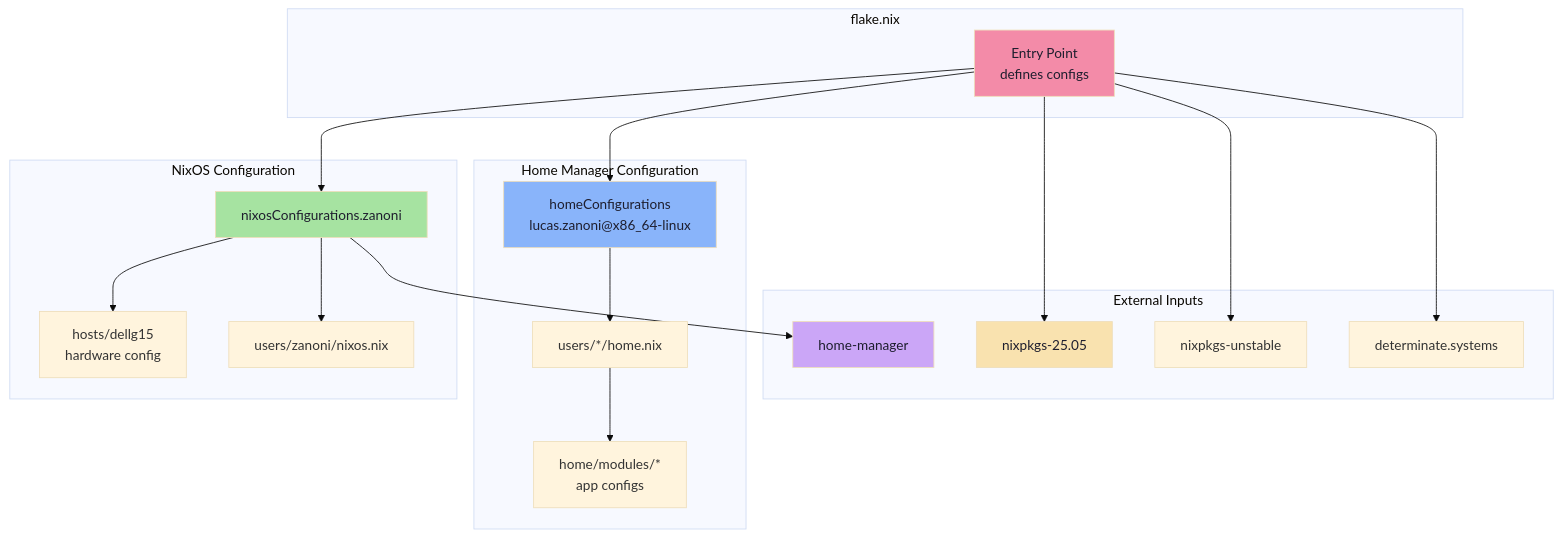
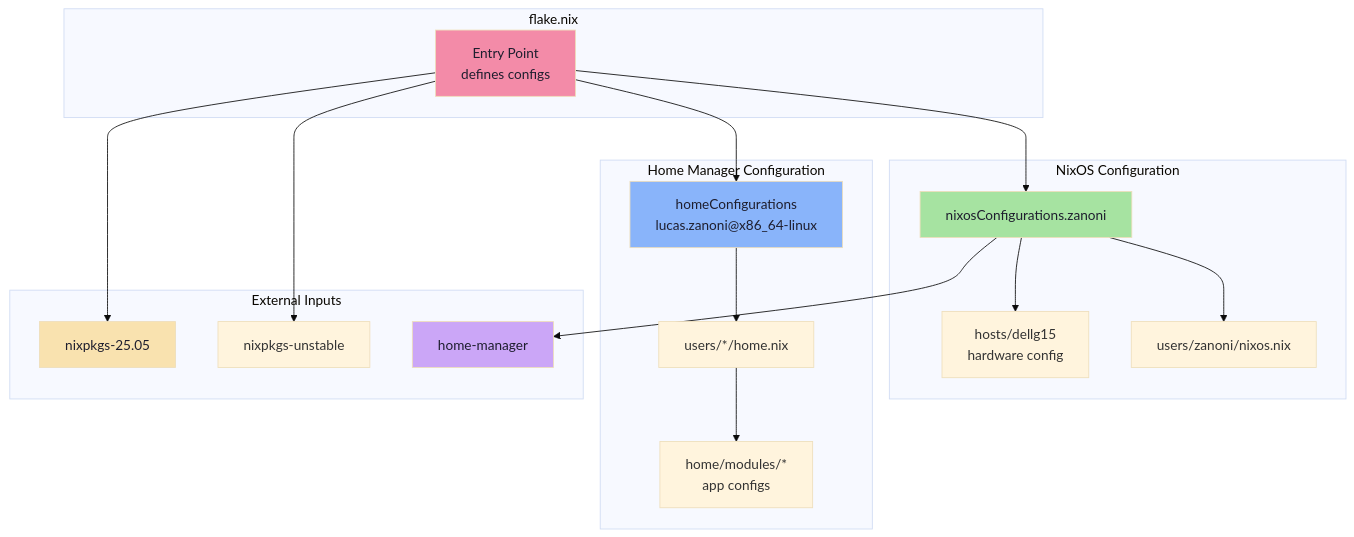
The diagram in README.md (Castrozan/.dotfiles), drawn with Mermaid (base theme) before and after one commit. The commit also changed 1 other file, not shown here.

Commit message:
fix: remove determinate

````diff
--- a/README.md
+++ b/README.md
@@ -143,45 +143,43 @@
 ```mermaid
 graph TD
     subgraph "flake.nix"
         Flake["Entry Point<br/>defines configs"]
     end
 
     subgraph "NixOS Configuration"
         NixOS["nixosConfigurations.zanoni"]
         Host["hosts/dellg15<br/>hardware config"]
         UserNixOS["users/zanoni/nixos.nix"]
     end
 
     subgraph "Home Manager Configuration"
         HomeStandalone["homeConfigurations<br/>lucas.zanoni@x86_64-linux"]
         UserHome["users/*/home.nix"]
         Modules["home/modules/*<br/>app configs"]
     end
 
     subgraph "External Inputs"
         Nixpkgs["nixpkgs-25.05"]
         Unstable["nixpkgs-unstable"]
         HM["home-manager"]
-        Determinate["determinate.systems"]
     end
 
     Flake --> NixOS
     Flake --> HomeStandalone
     
     NixOS --> Host
     NixOS --> UserNixOS
     NixOS --> HM
     
     HomeStandalone --> UserHome
     UserHome --> Modules
     
     Flake --> Nixpkgs
     Flake --> Unstable
-    Flake --> Determinate
 
     style Flake fill:#f38ba8,color:#1e1e2e
     style NixOS fill:#a6e3a1,color:#1e1e2e
     style HomeStandalone fill:#89b4fa,color:#1e1e2e
     style Nixpkgs fill:#f9e2af,color:#1e1e2e
     style HM fill:#cba6f7,color:#1e1e2e
 ```
````
